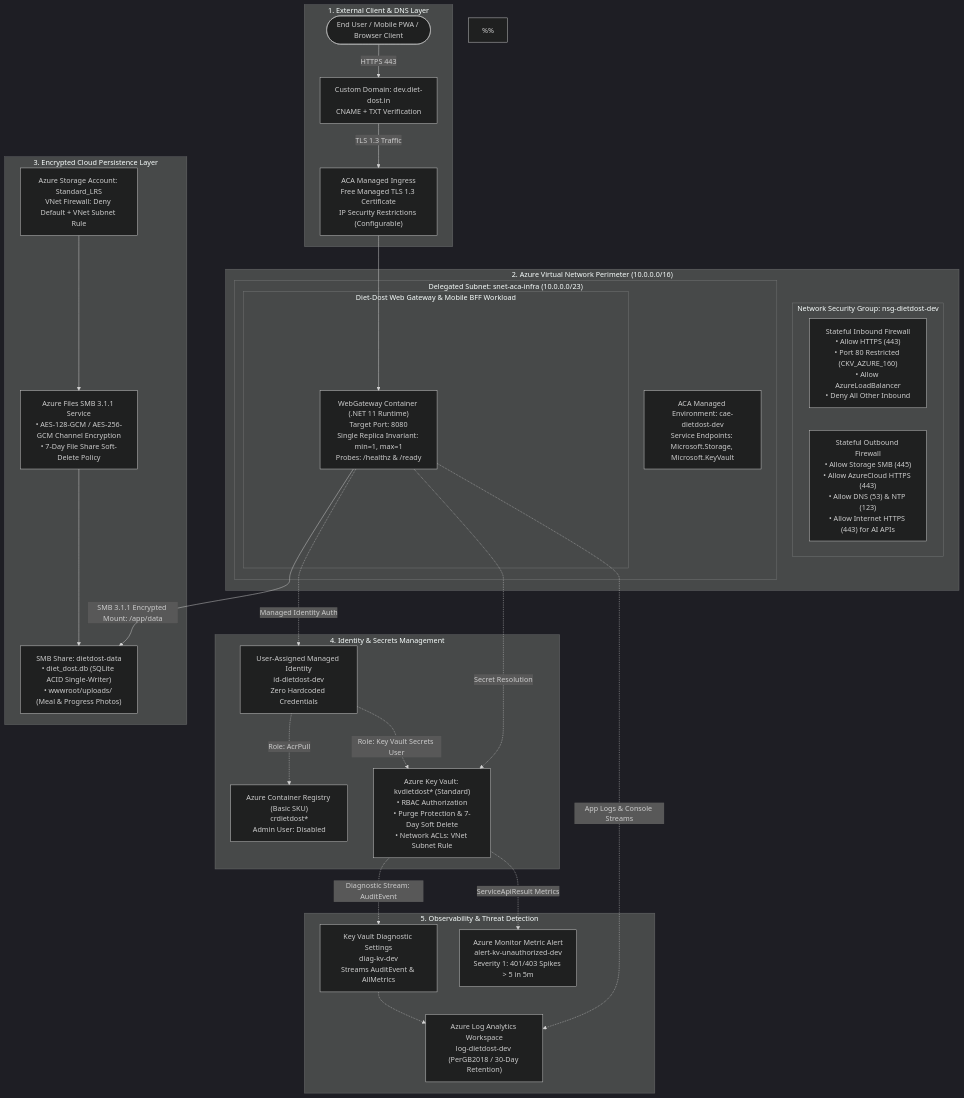
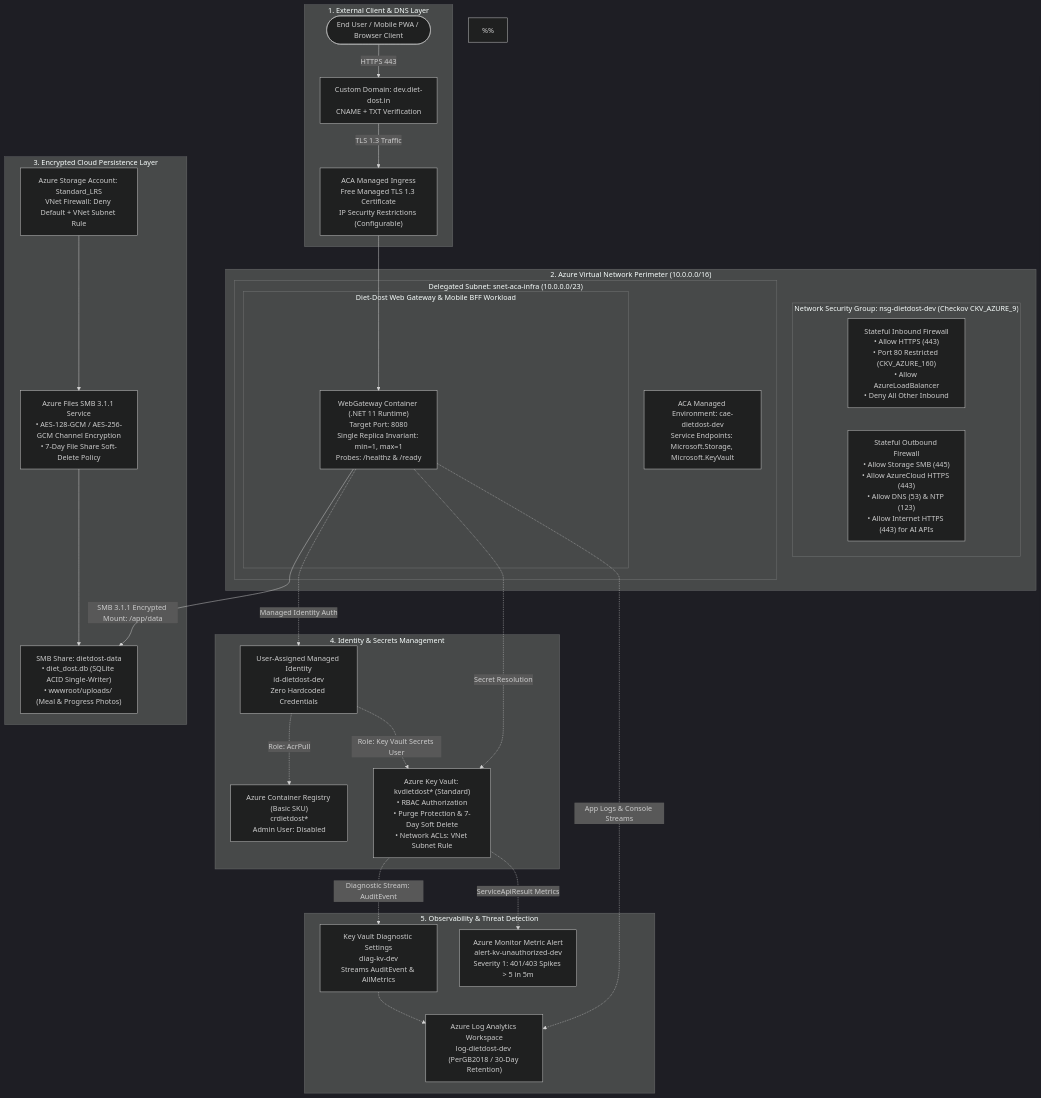
The diagram in docs/architecture/diagrams/azure_zero_trust_infra_architecture.mermaid (nikunjbanker/diet-dost), drawn with Mermaid (dark theme) before and after one commit. The commit also changed 14 other files, not shown here.

Commit message:
feat(architecture): implement automated architecture diagram synchronization, solution alignment validator, and agentic governance

```diff
--- a/docs/architecture/diagrams/azure_zero_trust_infra_architecture.mermaid
+++ b/docs/architecture/diagrams/azure_zero_trust_infra_architecture.mermaid
@@ -1,62 +1,62 @@
 graph TD
 %%
 %% Copyright (c) 2026 diet-dost and/or its contributors.
 %% Licensed under the "GNU Affero General Public License v3.0 only" and
 %% the "Server Side Public License, v 1"; you may not use this file except
 %% in compliance with, at your election, the "GNU Affero General Public
 %% License v3.0 only" or the "Server Side Public License, v 1".
 %%
 
     subgraph External_Traffic ["1. External Client & DNS Layer"]
         Client(["End User / Mobile PWA / Browser Client"]) -->|HTTPS 443| DNS["Custom Domain: dev.diet-dost.in<br/>CNAME + TXT Verification"]
         DNS -->|TLS 1.3 Traffic| ACA_Ingress["ACA Managed Ingress<br/>Free Managed TLS 1.3 Certificate<br/>IP Security Restrictions (Configurable)"]
     end
 
     subgraph VNet_Perimeter ["2. Azure Virtual Network Perimeter (10.0.0.0/16)"]
-        subgraph NSG_Boundary ["Network Security Group: nsg-dietdost-dev"]
+        subgraph NSG_Boundary ["Network Security Group: nsg-dietdost-dev (Checkov CKV_AZURE_9)"]
             NSG_In["Stateful Inbound Firewall<br/>• Allow HTTPS (443)<br/>• Port 80 Restricted (CKV_AZURE_160)<br/>• Allow AzureLoadBalancer<br/>• Deny All Other Inbound"]
             NSG_Out["Stateful Outbound Firewall<br/>• Allow Storage SMB (445)<br/>• Allow AzureCloud HTTPS (443)<br/>• Allow DNS (53) & NTP (123)<br/>• Allow Internet HTTPS (443) for AI APIs"]
         end
 
         subgraph ACA_Subnet ["Delegated Subnet: snet-aca-infra (10.0.0.0/23)"]
             ACA_Env["ACA Managed Environment: cae-dietdost-dev<br/>Service Endpoints: Microsoft.Storage, Microsoft.KeyVault"]
             
             subgraph Workload_Container ["Diet-Dost Web Gateway & Mobile BFF Workload"]
                 AppContainer["WebGateway Container (.NET 11 Runtime)<br/>Target Port: 8080<br/>Single Replica Invariant: min=1, max=1<br/>Probes: /healthz & /ready"]
             end
         end
     end
 
     subgraph Data_Storage ["3. Encrypted Cloud Persistence Layer"]
         StorageAcc["Azure Storage Account: Standard_LRS<br/>VNet Firewall: Deny Default + VNet Subnet Rule"]
         FileServices["Azure Files SMB 3.1.1 Service<br/>• AES-128-GCM / AES-256-GCM Channel Encryption<br/>• 7-Day File Share Soft-Delete Policy"]
         FileShare["SMB Share: dietdost-data<br/>• diet_dost.db (SQLite ACID Single-Writer)<br/>• wwwroot/uploads/ (Meal & Progress Photos)"]
     end
 
     subgraph Security_Identity ["4. Identity & Secrets Management"]
         MI["User-Assigned Managed Identity<br/>id-dietdost-dev<br/>Zero Hardcoded Credentials"]
         ACR["Azure Container Registry (Basic SKU)<br/>crdietdost*<br/>Admin User: Disabled"]
         KV["Azure Key Vault: kvdietdost* (Standard)<br/>• RBAC Authorization<br/>• Purge Protection & 7-Day Soft Delete<br/>• Network ACLs: VNet Subnet Rule"]
     end
 
     subgraph Monitoring_Alerts ["5. Observability & Threat Detection"]
         LogAnalytics["Azure Log Analytics Workspace<br/>log-dietdost-dev (PerGB2018 / 30-Day Retention)"]
         DiagKV["Key Vault Diagnostic Settings<br/>diag-kv-dev<br/>Streams AuditEvent & AllMetrics"]
         AlertKV["Azure Monitor Metric Alert<br/>alert-kv-unauthorized-dev<br/>Severity 1: 401/403 Spikes > 5 in 5m"]
     end
 
     %% Network & Traffic Flows
     ACA_Ingress --> AppContainer
     AppContainer -->|SMB 3.1.1 Encrypted Mount: /app/data| FileShare
     StorageAcc --> FileServices --> FileShare
 
     %% Identity & Secrets Flows
     AppContainer -.->|Managed Identity Auth| MI
     MI -.->|Role: AcrPull| ACR
     MI -.->|Role: Key Vault Secrets User| KV
     AppContainer -.->|Secret Resolution| KV
 
     %% Telemetry & Auditing Flows
     AppContainer -.->|App Logs & Console Streams| LogAnalytics
     KV -.->|Diagnostic Stream: AuditEvent| DiagKV -.-> LogAnalytics
     KV -.->|ServiceApiResult Metrics| AlertKV
```
